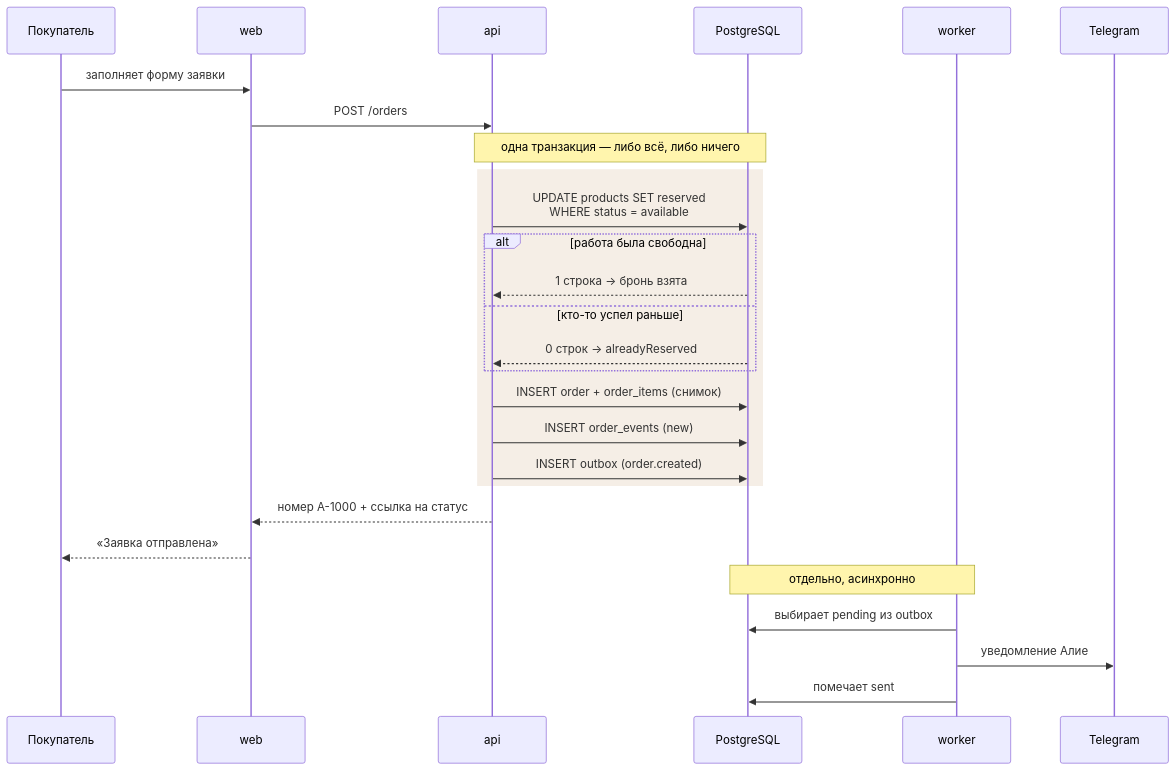
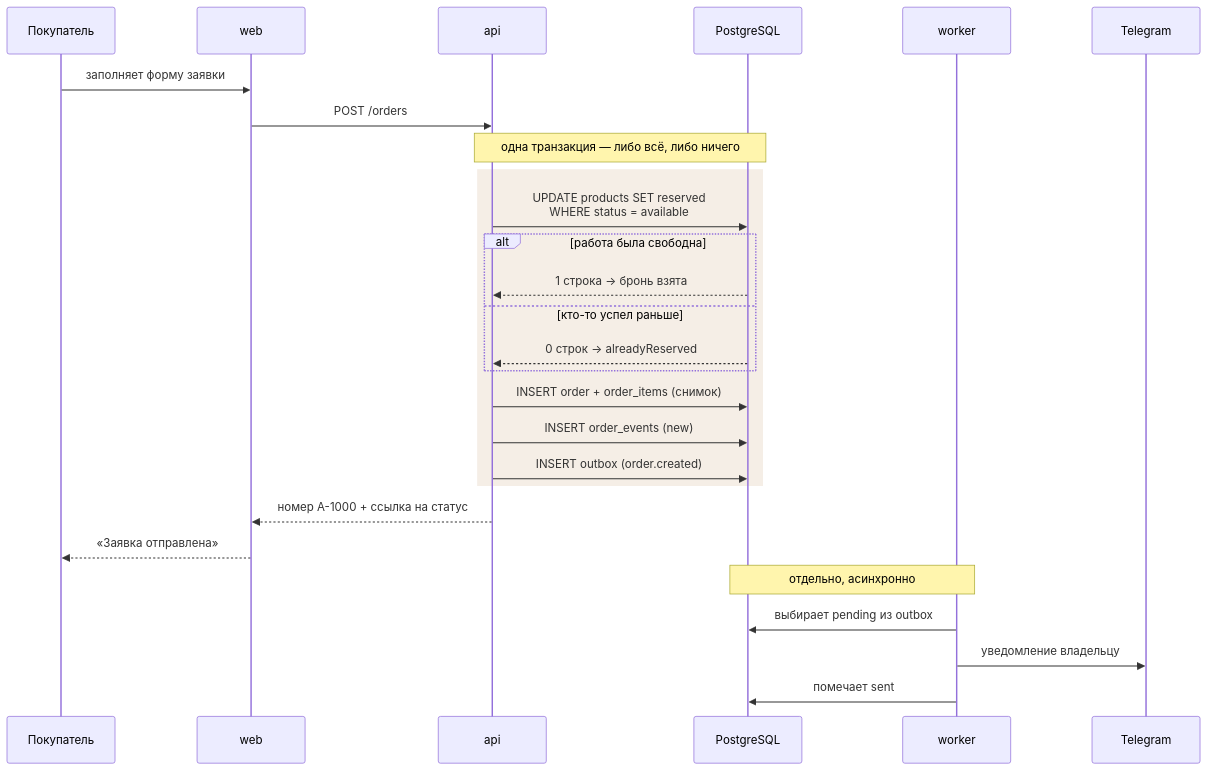
The third of 6 diagrams in docs/SYSTEM.md (ElamanBaiguanishev/artshop), drawn with Mermaid before and after one commit. The commit also changed other lines of this file and 48 other files, not shown here.

````diff
--- a/docs/SYSTEM.md
+++ b/docs/SYSTEM.md
@@ -151,33 +151,33 @@
 ```mermaid
 sequenceDiagram
     participant U as Покупатель
     participant W as web
     participant API as api
     participant PG as PostgreSQL
     participant WK as worker
     participant TG as Telegram
 
     U->>W: заполняет форму заявки
     W->>API: POST /orders
     Note over API,PG: одна транзакция — либо всё, либо ничего
 
     rect rgb(245, 238, 230)
         API->>PG: UPDATE products SET reserved<br/>WHERE status = available
         alt работа была свободна
             PG-->>API: 1 строка → бронь взята
         else кто-то успел раньше
             PG-->>API: 0 строк → alreadyReserved
         end
         API->>PG: INSERT order + order_items (снимок)
         API->>PG: INSERT order_events (new)
         API->>PG: INSERT outbox (order.created)
     end
 
     API-->>W: номер A-1000 + ссылка на статус
     W-->>U: «Заявка отправлена»
 
     Note over WK,PG: отдельно, асинхронно
     WK->>PG: выбирает pending из outbox
-    WK->>TG: уведомление Алие
+    WK->>TG: уведомление владельцу
     WK->>PG: помечает sent
 ```
````
